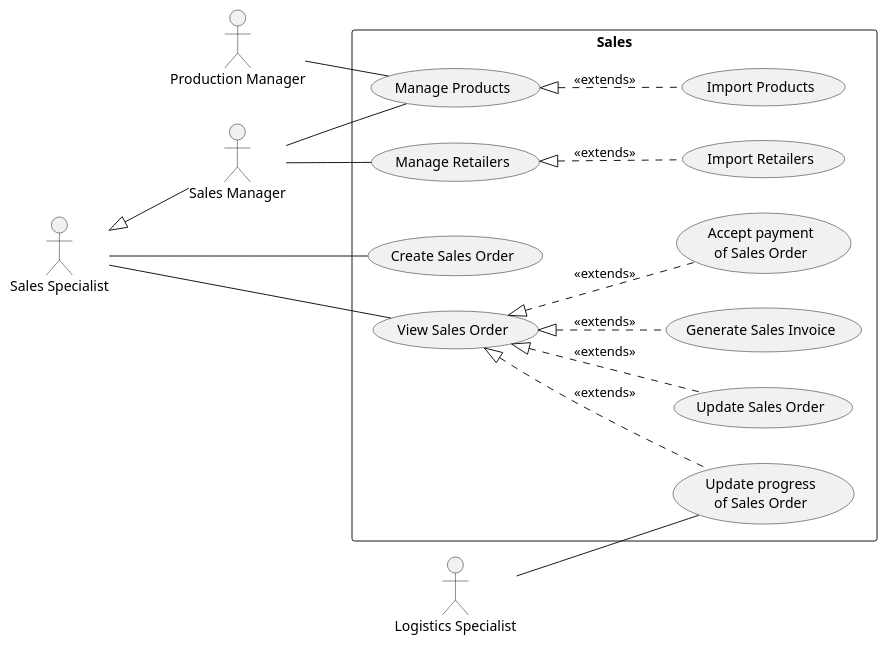
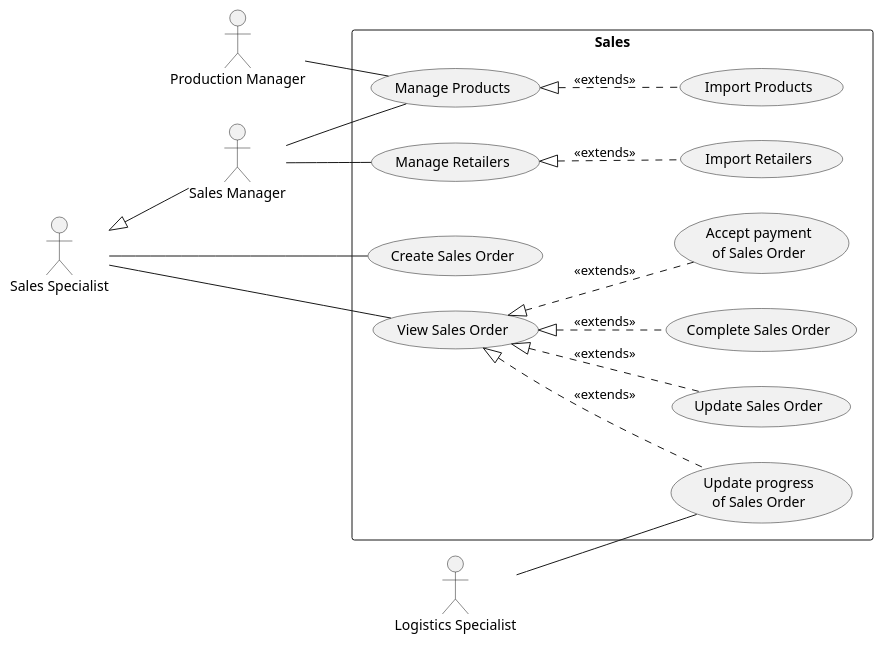
Before and after one commit to phihungha/scmss-reqs: the diagram in use-cases/sales.plantuml, drawn with PlantUML. The commit also changed 1 other file, not shown here.

```diff
--- a/use-cases/sales.plantuml
+++ b/use-cases/sales.plantuml
@@ -1,28 +1,28 @@
 @startuml sales
 left to right direction
 
 
 :Production Manager: as pm
 
 :Sales Specialist: as s
 :Sales Manager: as sm
 s <|-- sm
 
 :Logistics Specialist: as ls
 
 rectangle Sales {
     s -- (Create Sales Order)
     s -- (View Sales Order)
     (View Sales Order) <|.. (Update Sales Order) : <<extends>>
     (View Sales Order) <|.. (Update progress\nof Sales Order) : <<extends>>
     ls -- (Update progress\nof Sales Order)
-    (View Sales Order) <|.. (Generate Sales Invoice) : <<extends>>
+    (View Sales Order) <|.. (Complete Sales Order) : <<extends>>
     (View Sales Order) <|.. (Accept payment\nof Sales Order) : <<extends>>
 
     pm -- (Manage Products)
     sm -- (Manage Products)
     (Manage Products) <|.. (Import Products) : <<extends>>
     sm -- (Manage Retailers)
     (Manage Retailers) <|.. (Import Retailers) : <<extends>>
 }
 @enduml
```
